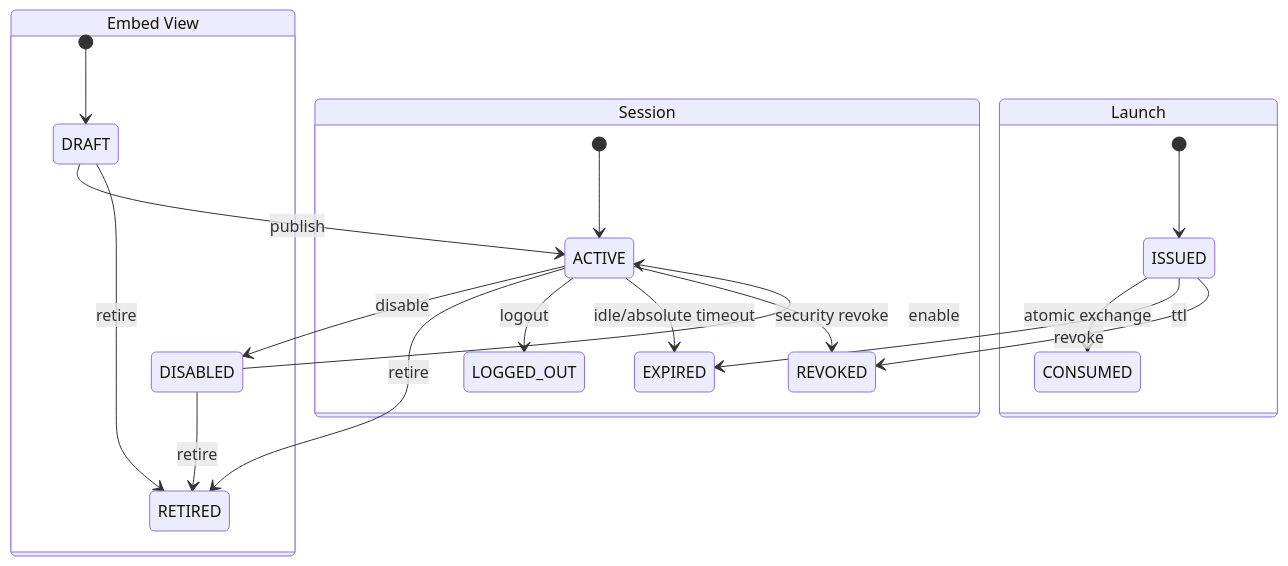
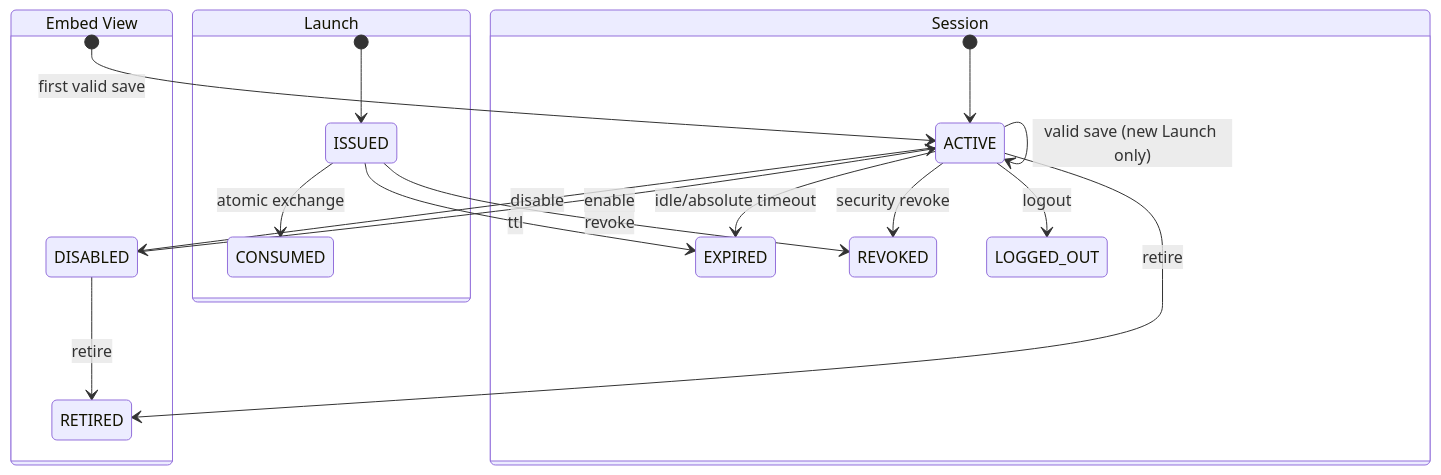
One commit to benbenbingbing/flow changed the seventh of 7 diagrams in docs/embed-runtime-detailed-design.md. Above: the diagram before and after it, drawn with Mermaid. The commit also changed other lines of this file and 267 other files, not shown here.

````diff
--- a/docs/embed-runtime-detailed-design.md
+++ b/docs/embed-runtime-detailed-design.md
@@ -2791,24 +2334,23 @@
 ```mermaid
 stateDiagram-v2
     state "Embed View" as V {
-        [*] --> DRAFT
-        DRAFT --> ACTIVE: publish
+        [*] --> ACTIVE: first valid save
+        ACTIVE --> ACTIVE: valid save (new Launch only)
         ACTIVE --> DISABLED: disable
         DISABLED --> ACTIVE: enable
-        DRAFT --> RETIRED: retire
         ACTIVE --> RETIRED: retire
         DISABLED --> RETIRED: retire
     }
     state "Launch" as L {
         [*] --> ISSUED
         ISSUED --> CONSUMED: atomic exchange
         ISSUED --> EXPIRED: ttl
         ISSUED --> REVOKED: revoke
     }
     state "Session" as S {
         [*] --> ACTIVE
         ACTIVE --> LOGGED_OUT: logout
         ACTIVE --> EXPIRED: idle/absolute timeout
         ACTIVE --> REVOKED: security revoke
     }
 ```
````
